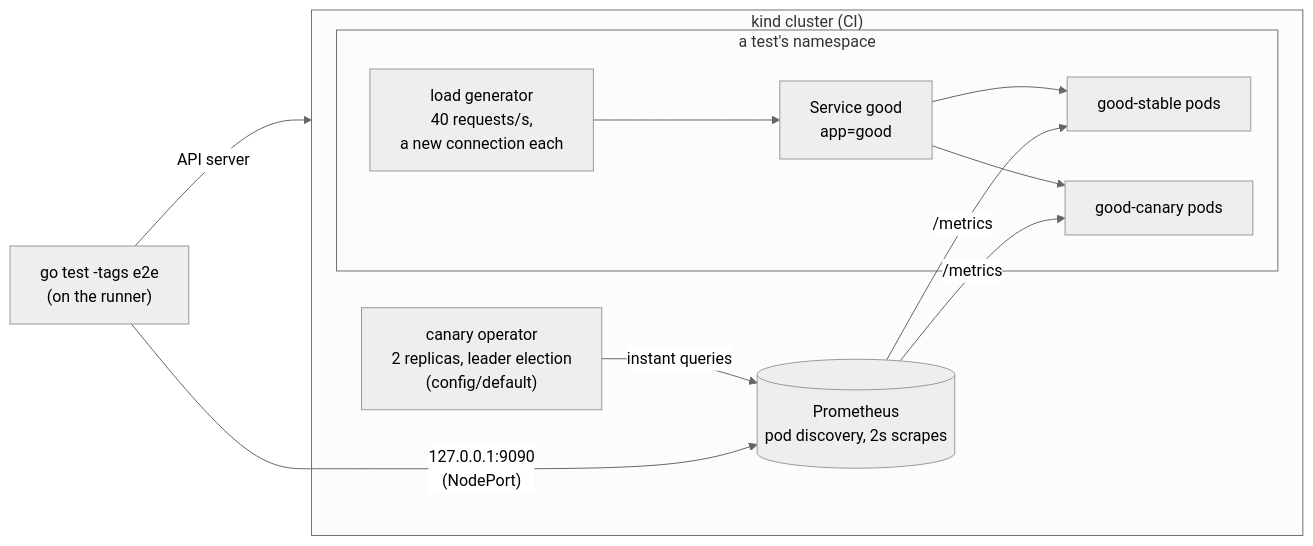
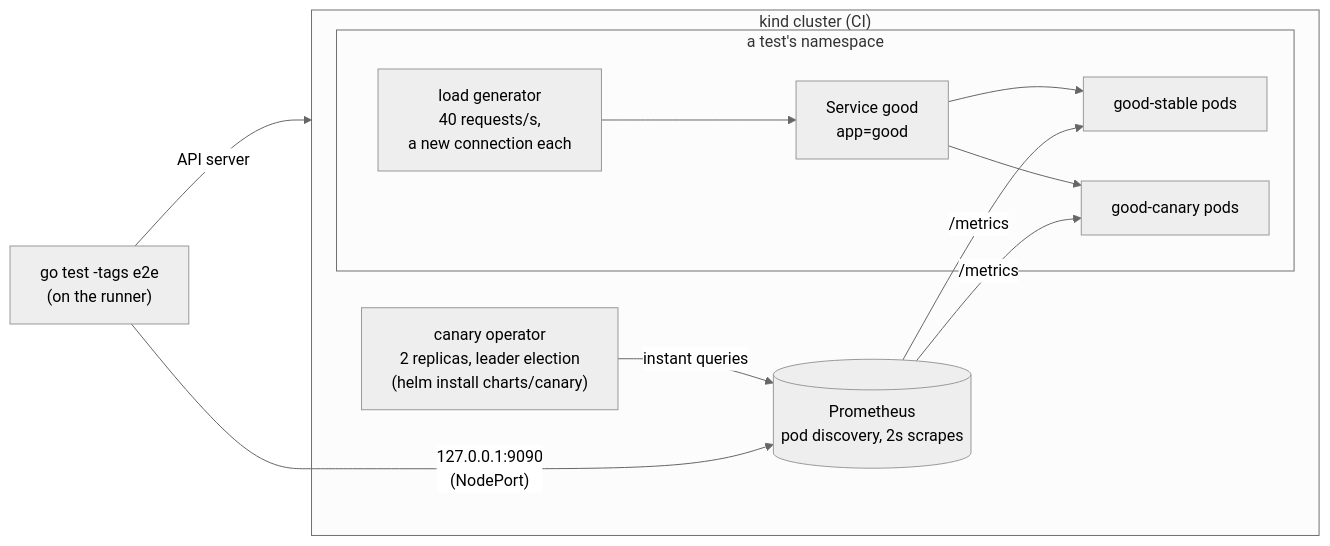
Before and after one commit to vivekdavara/canary: the third of 4 diagrams in DESIGN.md, drawn with Mermaid (neutral theme). The commit also changed other lines of this file and 1 other file, not shown here.

````diff
--- a/DESIGN.md
+++ b/DESIGN.md
@@ -443,17 +443,17 @@
 ```mermaid
 flowchart LR
   subgraph kind["kind cluster (CI)"]
-    op["canary operator<br/>2 replicas, leader election<br/>(config/default)"]
+    op["canary operator<br/>2 replicas, leader election<br/>(helm install charts/canary)"]
     prom[("Prometheus<br/>pod discovery, 2s scrapes")]
     subgraph ns["a test's namespace"]
       load["load generator<br/>40 requests/s,<br/>a new connection each"] --> svc["Service good<br/>app=good"]
       svc --> stable["good-stable pods"]
       svc --> canary["good-canary pods"]
     end
     prom -- "/metrics" --> stable
     prom -- "/metrics" --> canary
     op -- "instant queries" --> prom
   end
   test["go test -tags e2e<br/>(on the runner)"] -- "API server" --> kind
   test -- "127.0.0.1:9090<br/>(NodePort)" --> prom
 ```
````
